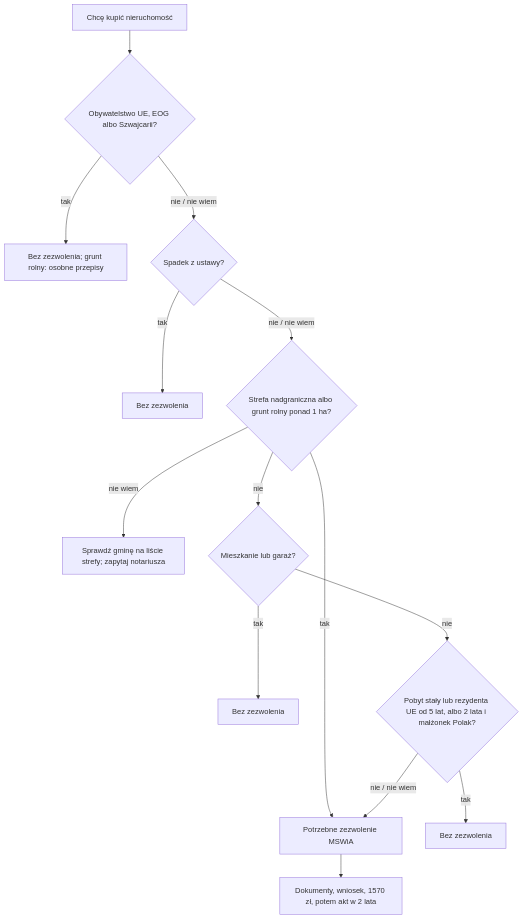
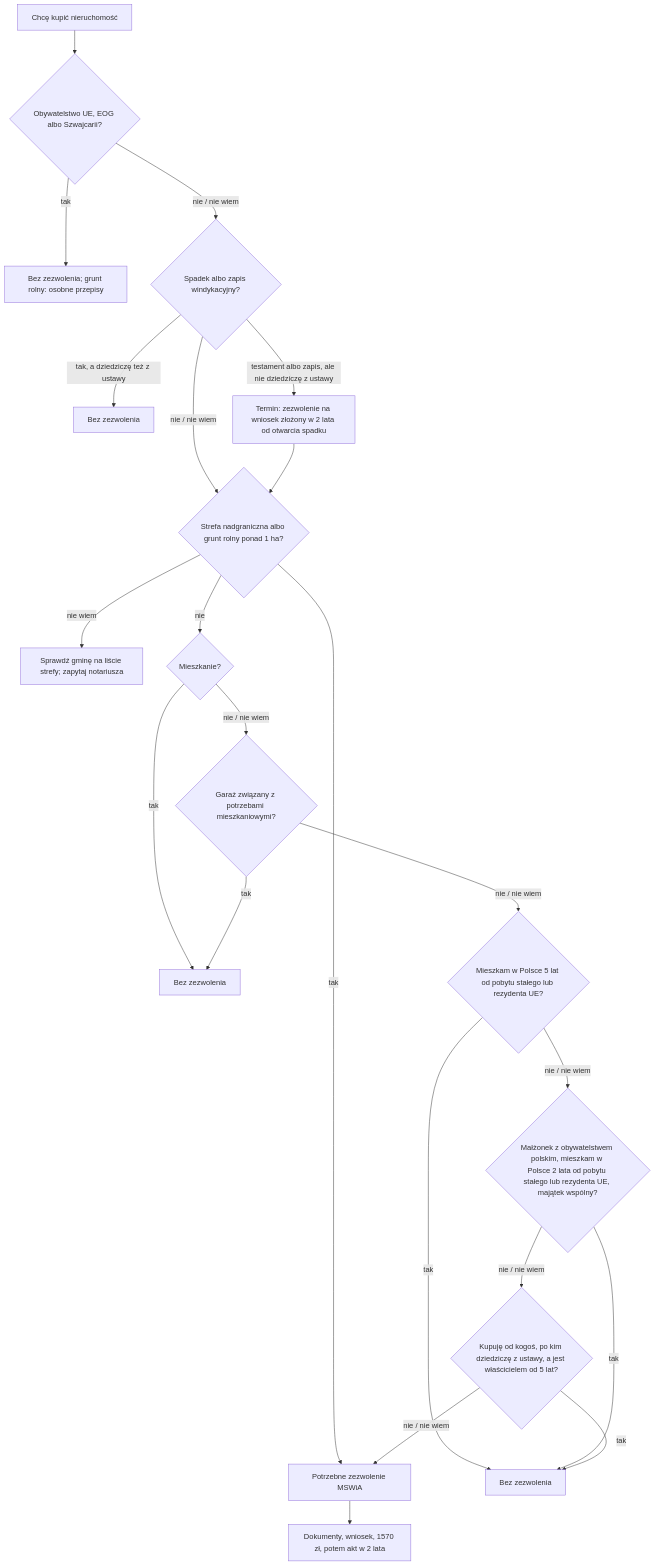
Before and after one commit to wrzalkosowskilukaszz/formalka-next: the diagram in docs/formalka-next/maps/real-estate.md, drawn with Mermaid. The commit also changed other lines of this file and 6 other files, not shown here.

````diff
--- a/docs/formalka-next/maps/real-estate.md
+++ b/docs/formalka-next/maps/real-estate.md
@@ -118,16 +118,24 @@
 ```mermaid
 flowchart TD
   A[Chcę kupić nieruchomość] --> B{Obywatelstwo UE, EOG albo Szwajcarii?}
   B -- tak --> N[Bez zezwolenia; grunt rolny: osobne przepisy]
-  B -- nie / nie wiem --> C{Spadek z ustawy?}
-  C -- tak --> N2[Bez zezwolenia]
-  C -- nie / nie wiem --> Z{Strefa nadgraniczna albo grunt rolny ponad 1 ha?}
+  B -- nie / nie wiem --> C{Spadek albo zapis windykacyjny?}
+  C -- tak, a dziedziczę też z ustawy --> N2[Bez zezwolenia]
+  C -- testament albo zapis, ale nie dziedziczę z ustawy --> W[Termin: zezwolenie na wniosek złożony w 2 lata od otwarcia spadku]
+  C -- nie / nie wiem --> Z
+  W --> Z{Strefa nadgraniczna albo grunt rolny ponad 1 ha?}
   Z -- tak --> P[Potrzebne zezwolenie MSWiA]
   Z -- nie wiem --> Q[Sprawdź gminę na liście strefy; zapytaj notariusza]
-  Z -- nie --> T{Mieszkanie lub garaż?}
+  Z -- nie --> T{Mieszkanie?}
   T -- tak --> N3[Bez zezwolenia]
-  T -- nie --> S{Pobyt stały lub rezydenta UE od 5 lat, albo 2 lata i małżonek Polak?}
+  T -- nie / nie wiem --> G{Garaż związany z potrzebami mieszkaniowymi?}
+  G -- tak --> N3
+  G -- nie / nie wiem --> S{Mieszkam w Polsce 5 lat od pobytu stałego lub rezydenta UE?}
   S -- tak --> N4[Bez zezwolenia]
-  S -- nie / nie wiem --> P
+  S -- nie / nie wiem --> M{Małżonek z obywatelstwem polskim, mieszkam w Polsce 2 lata od pobytu stałego lub rezydenta UE, majątek wspólny?}
+  M -- tak --> N4
+  M -- nie / nie wiem --> R{Kupuję od kogoś, po kim dziedziczę z ustawy, a jest właścicielem od 5 lat?}
+  R -- tak --> N4
+  R -- nie / nie wiem --> P
   P --> D[Dokumenty, wniosek, 1570 zł, potem akt w 2 lata]
 ```
````
